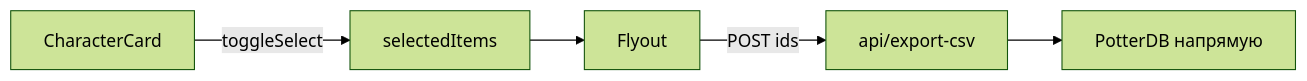
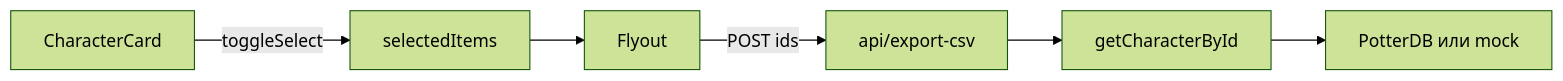
The sixth of 7 diagrams in docs/architecture.md (theFoxTale/hogwarts-archive), drawn with Mermaid (forest theme) before and after one commit. The commit also changed other lines of this file and 5 other files, not shown here.

Commit message:
feat: now CSV use the same API as search

````diff
--- a/docs/architecture.md
+++ b/docs/architecture.md
@@ -117,7 +117,8 @@
 ```mermaid
 flowchart LR
   card["CharacterCard"] -->|"toggleSelect"| slice["selectedItems"]
   slice --> flyout["Flyout"]
   flyout -->|"POST ids"| csv["api/export-csv"]
-  csv --> potter["PotterDB напрямую"]
+  csv --> apiChars["getCharacterById"]
+  apiChars --> source["PotterDB или mock"]
 ```
````
